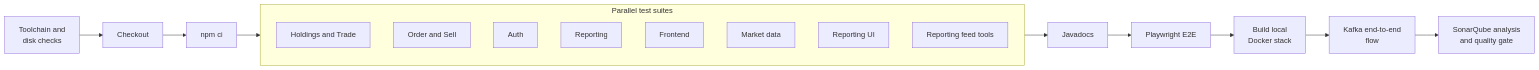
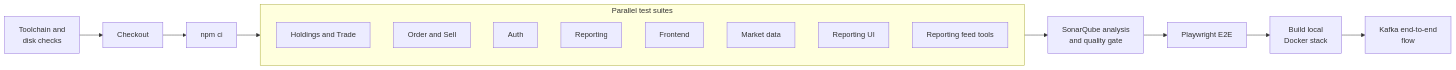
Before and after one commit to seankcheema/trading-season: the fifth of 5 diagrams in README.md, drawn with Mermaid. The commit also changed 2 other files, not shown here.

Commit message:
remove java doc stage

````diff
--- a/README.md
+++ b/README.md
@@ -182,16 +182,16 @@
 ```mermaid
 flowchart LR
     Pre["Toolchain and<br/>disk checks"] --> Checkout --> Deps["npm ci"]
     Deps --> Tests
     subgraph Tests["Parallel test suites"]
         T1["Holdings and Trade"]
         T2["Order and Sell"]
         T3["Auth"]
         T4["Reporting"]
         T5["Frontend"]
         T6["Market data"]
         T7["Reporting UI"]
         T8["Reporting feed tools"]
     end
-    Tests --> Docs["Javadocs"] --> E2E["Playwright E2E"] --> Stack["Build local<br/>Docker stack"] --> Flow["Kafka end-to-end<br/>flow"] --> Sonar["SonarQube analysis<br/>and quality gate"]
+    Tests --> Sonar["SonarQube analysis<br/>and quality gate"] --> E2E["Playwright E2E"] --> Stack["Build local<br/>Docker stack"] --> Flow["Kafka end-to-end<br/>flow"]
 ```
````
